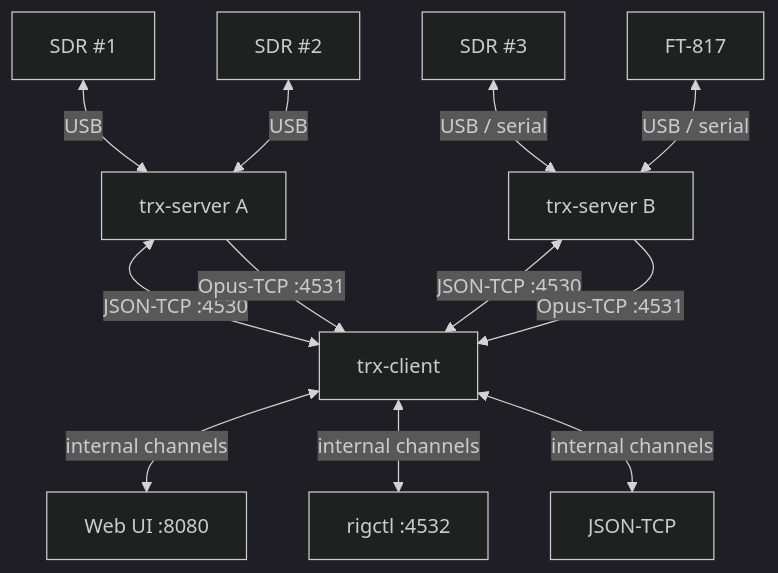
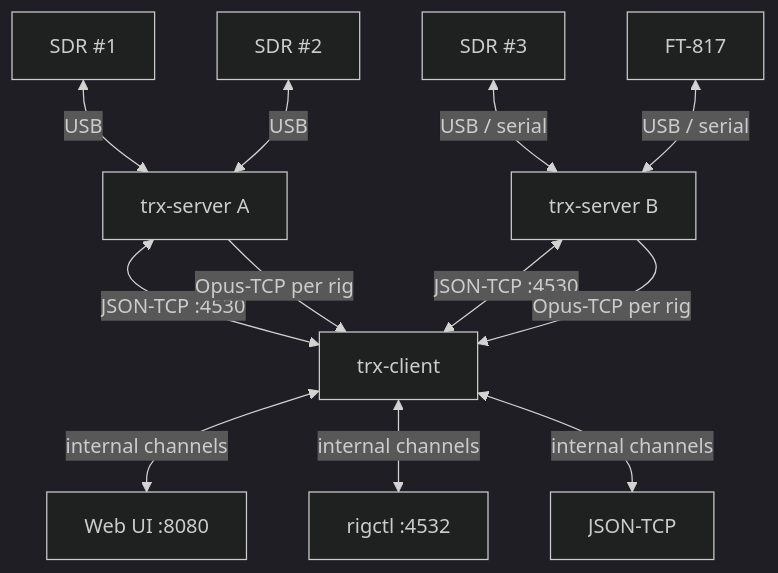
One commit to sgrams/trx-rs changed the diagram in README.md. Above: the diagram before and after it, drawn with Mermaid (dark theme).

Commit message:
[fix](trx-rs): correct README diagram — Opus-TCP is per rig, not a fixed port

````diff
--- a/README.md
+++ b/README.md
@@ -85,14 +85,14 @@
 ```mermaid
 graph TD
     SDR1["SDR #1"] & SDR2["SDR #2"] <-->|USB| S1["trx-server A"]
     SDR3["SDR #3"] & FT817["FT-817"] <-->|USB / serial| S2["trx-server B"]
 
     S1 <-->|"JSON-TCP :4530"| C1["trx-client"]
-    S1 -->|"Opus-TCP :4531"| C1
+    S1 -->|"Opus-TCP per rig"| C1
     S2 <-->|"JSON-TCP :4530"| C1
-    S2 -->|"Opus-TCP :4531"| C1
+    S2 -->|"Opus-TCP per rig"| C1
 
     C1 <-->|internal channels| F1["Web UI :8080"]
     C1 <-->|internal channels| F2["rigctl :4532"]
     C1 <-->|internal channels| F3["JSON-TCP"]
 ```
````
